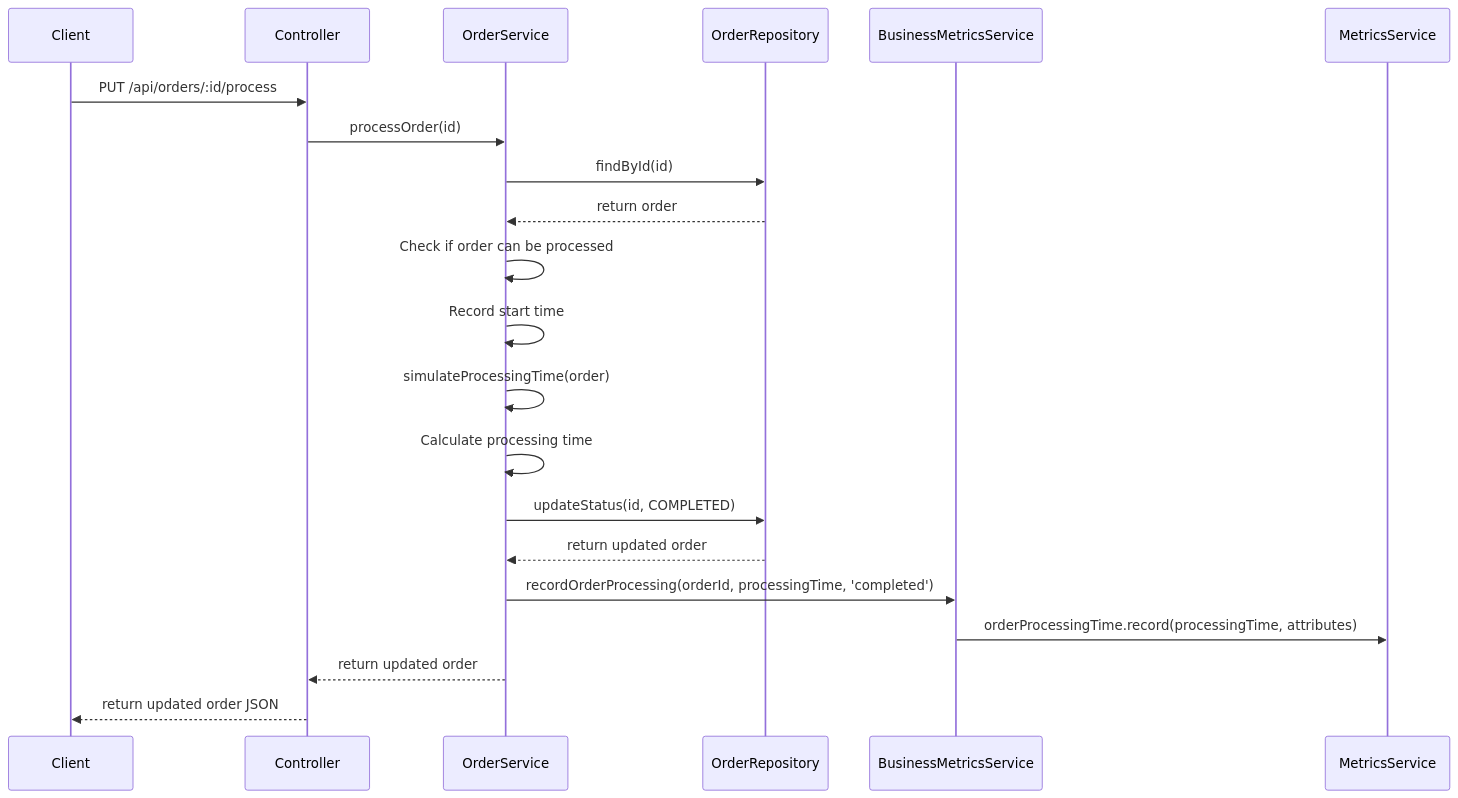
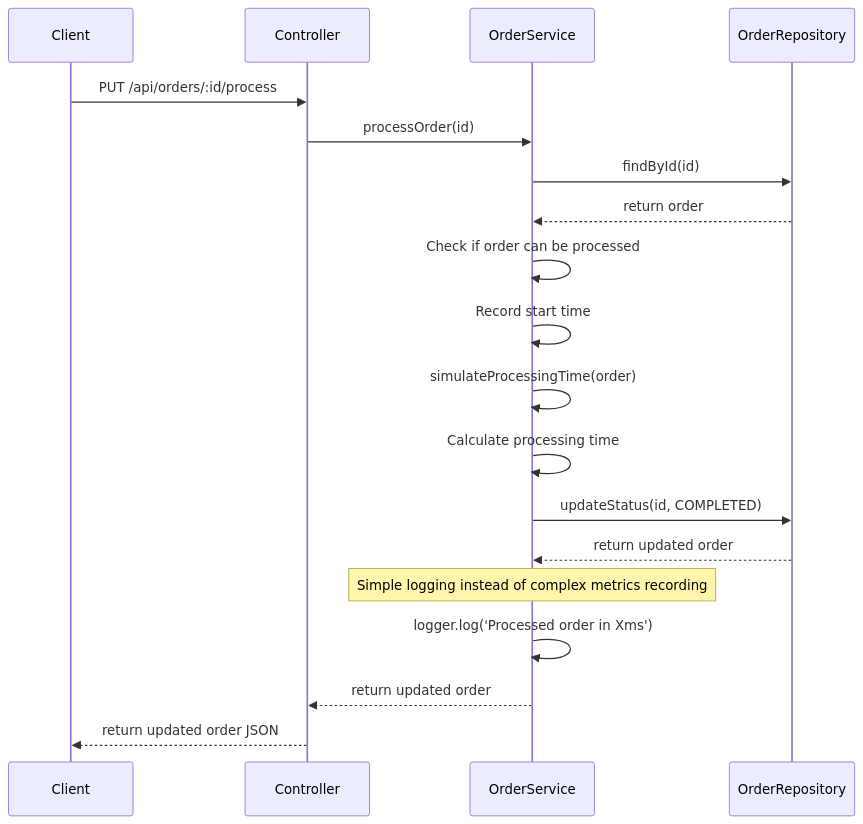
The sixth of 6 diagrams in docs/diagrams/sequence-diagrams.md (rswift/kleva-komputa), drawn with Mermaid before and after one commit. The commit also changed other lines of this file and 37 other files, not shown here.

````diff
--- a/docs/diagrams/sequence-diagrams.md
+++ b/docs/diagrams/sequence-diagrams.md
@@ -190,28 +173,26 @@
 ```mermaid
 sequenceDiagram
     participant Client
     participant Controller
     participant OrderService
     participant OrderRepository
-    participant BusinessMetricsService
-    participant MetricsService
 
     Client->>Controller: PUT /api/orders/:id/process
     Controller->>OrderService: processOrder(id)
     OrderService->>OrderRepository: findById(id)
     OrderRepository-->>OrderService: return order
     OrderService->>OrderService: Check if order can be processed
     
     OrderService->>OrderService: Record start time
     OrderService->>OrderService: simulateProcessingTime(order)
     OrderService->>OrderService: Calculate processing time
     
     OrderService->>OrderRepository: updateStatus(id, COMPLETED)
     OrderRepository-->>OrderService: return updated order
     
-    OrderService->>BusinessMetricsService: recordOrderProcessing(orderId, processingTime, 'completed')
-    BusinessMetricsService->>MetricsService: orderProcessingTime.record(processingTime, attributes)
+    Note over OrderService: Simple logging instead of complex metrics recording
+    OrderService->>OrderService: logger.log('Processed order in Xms')
     
     OrderService-->>Controller: return updated order
     Controller-->>Client: return updated order JSON
 ```
````
